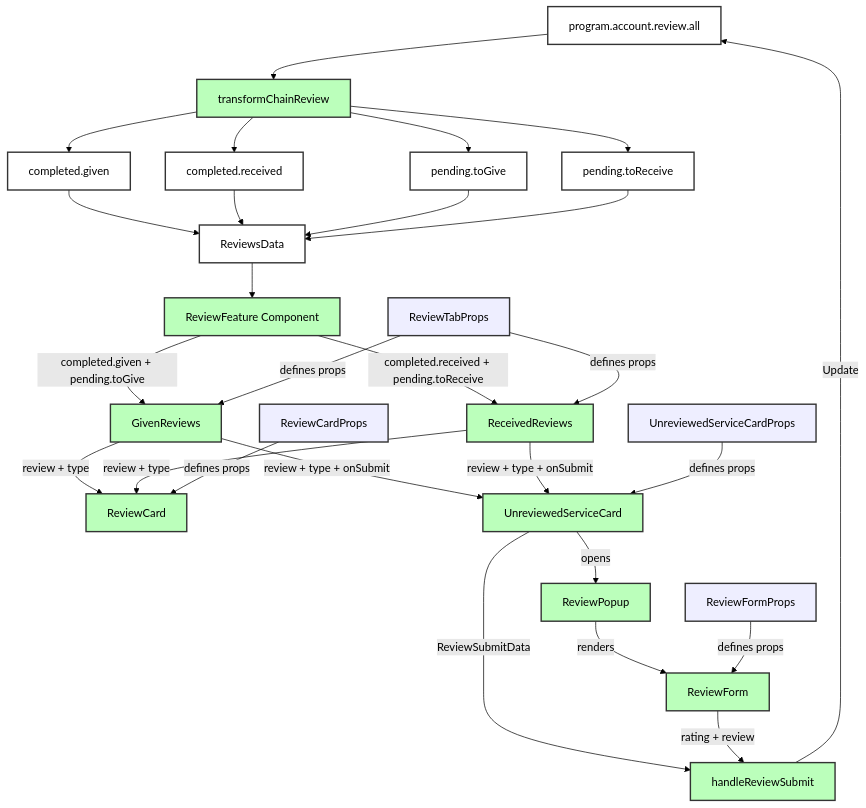
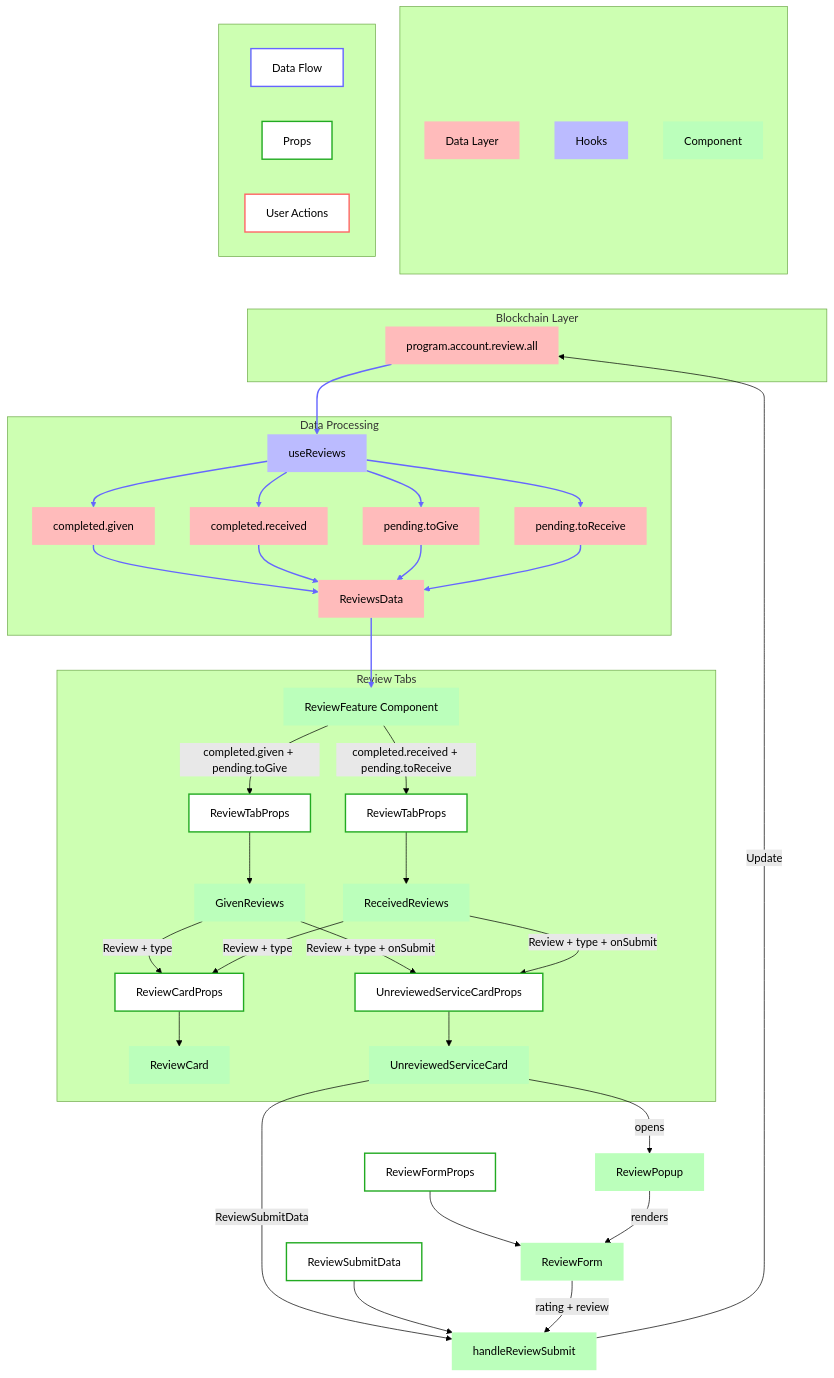
Before and after one commit to Gigentic/gigentic-frontend: the diagram in web/components/review/review-detailed.md, drawn with Mermaid (forest theme). The commit also changed 2 other files, not shown here.

Commit message:
update review diagrams

````diff
--- a/web/components/review/review-detailed.md
+++ b/web/components/review/review-detailed.md
@@ -1,97 +1,102 @@
 ```mermaid
-graph TD
-    %% Data Structure Subgraph
-    %% subgraph "Hook Return Type"
+flowchart TD
+    %% Data Layer
+    subgraph "Blockchain Layer"
+      CR[program.account.review.all]:::dataLayer
+    end
 
-    %% end
+    subgraph "Data Processing"
+      TR[useReviews]:::hook
+      RD[ReviewsData]:::dataLayer
+      RDG[completed.given]:::dataLayer
+      RDR[completed.received]:::dataLayer
+      PDG[pending.toGive]:::dataLayer
+      PDR[pending.toReceive]:::dataLayer
+    end
 
-    %% Chain Data
-    %% subgraph "Blockchain Layer"
-        CR[program.account.review.all]:::data
-        TR[transformChainReview]:::component
+      CR --> TR
+      TR --> RDG
+      TR --> RDR
+      TR --> PDG
+      TR --> PDR
 
-        RD[ReviewsData]:::data
-        RDG[completed.given]:::data
-        RDR[completed.received]:::data
-        PDG[pending.toGive]:::data
-        PDR[pending.toReceive]:::data
+      RDG --> RD
+      RDR --> RD
+      PDG --> RD
+      PDR --> RD
 
-        CR --> TR
-        TR --> RDG
-        TR --> RDR
-        TR --> PDG
-        TR --> PDR
-
-        RDG --> RD
-        RDR --> RD
-        PDG --> RD
-        PDR --> RD
-
-    %% end
+    linkStyle 0,1,2,3,4,5,6,7,8 stroke:#66f,stroke-width:2px
 
     %% Main Component
-    %% subgraph "ReviewFeature"
-        RF[ReviewFeature Component]:::component
-        HSR[handleReviewSubmit]:::component
-        %% LD[LoadingState]:::component
-        %% ED[ErrorState]:::component
-    %% end
+    subgraph "Review Tabs"
+      RD --> RF
+      linkStyle 9 stroke:#66f,stroke-width:2px
+      RF[ReviewFeature Component]:::component
 
-    %% Tab Components
-    %% subgraph "Review Tabs"
-        GR[GivenReviews]:::component
-        RR[ReceivedReviews]:::component
-    %% end
+      RF -->|"completed.given + pending.toGive"| RTP1
+      RF -->|"completed.received + pending.toReceive"| RTP2
+      RTP1[ReviewTabProps]:::prop
+      RTP2[ReviewTabProps]:::prop
+      RTP1 --> GR
+      RTP2 --> RR
+      GR[GivenReviews]:::component
+      RR[ReceivedReviews]:::component
+      GR -->|"Review + type"| RCP
+      RR -->|"Review + type"| RCP
+      RCP[ReviewCardProps]:::prop
+      RCP --> RC
+      RC[ReviewCard]:::component
+      GR -->|"Review + type + onSubmit"| USCP
+      RR -->|"Review + type + onSubmit"| USCP
+      USCP[UnreviewedServiceCardProps]:::prop
+      USC[UnreviewedServiceCard]:::component
+      USCP --> USC
+    end
 
-    %% UI Components
-    %% subgraph "UI Components"
-        RC[ReviewCard]:::component
-        USC[UnreviewedServiceCard]:::component
-        RP[ReviewPopup]:::component
-        RF2[ReviewForm]:::component
-    %% end
+    RP[ReviewPopup]:::component
+    RFP[ReviewFormProps]:::prop
+    RFP --> RF2
+    RF2[ReviewForm]:::component
+    RSD[ReviewSubmitData]:::prop
 
-    %% Props Interfaces
-    %% subgraph "Component Props"
-        RCP[ReviewCardProps]:::props
-        USCP[UnreviewedServiceCardProps]:::props
-        RTP[ReviewTabProps]:::props
-        RFP[ReviewFormProps]:::props
-    %% end
+    HSR[handleReviewSubmit]:::component
 
-    %% Data Flow
-    RD --> RF
-    RF -->|"completed.given + pending.toGive"| GR
-    RF -->|"completed.received + pending.toReceive"| RR
-
-    GR -->|"review + type"| RC
-    RR -->|"review + type"| RC
-    GR -->|"review + type + onSubmit"| USC
-    RR -->|"review + type + onSubmit"| USC
     USC -->|"opens"| RP
     RP -->|"renders"| RF2
 
-    %% Props Flow
-    RTP -->|"defines props"| GR
-    RTP -->|"defines props"| RR
-    RCP -->|"defines props"| RC
-    USCP -->|"defines props"| USC
-    RFP -->|"defines props"| RF2
 
     %% Submit Flow
     USC -->|"ReviewSubmitData"| HSR
+    RSD --> HSR
     RF2 -->|"rating + review"| HSR
     HSR -->|"Update"| CR
 
+    L1 ~~~ CR
+
+    %% Style different types of arrows
+
+    %% linkStyle 3,4,5,6 stroke:#2a2,stroke-width:2px
+    %% linkStyle 7,8 stroke:#f66,stroke-width:2px
+
     %% Class Definitions
-    classDef data fill:#fff,stroke:#333,stroke-width:2px
-    classDef component fill:#bfb,stroke:#333,stroke-width:2px
-    classDef props fill:#eef,stroke:#333,stroke-width:2px
+    classDef dataLayer fill:#fbb,stroke-width:0px
+    classDef hook fill:#bbf,stroke-width:0px
+    classDef dataFlow fill:#fff,stroke:#66f,stroke-width:2px
+    classDef component fill:#bfb,stroke-width:0px
+    classDef prop fill:#fff,stroke:#2a2,stroke-width:2px
+    classDef action fill:#fff,stroke:#f66,stroke-width:2px
 
-    %% %% Legend
-    %% subgraph "Legend"
-    %%     L1[Data Structure]:::data
-    %%     L2[Component]:::component
-    %%     L3[Props Interface]:::props
-    %% end
+    %% Legend Top
+    subgraph " "
+        L1[Data Layer]:::dataLayer
+        L2[Hooks]:::hook
+        L3[Component]:::component
+    end
+
+    %% Legend Bottom
+    subgraph " "
+        L4["Data Flow"]:::dataFlow
+        L5["Props"]:::prop
+        L6["User Actions"]:::action
+    end
 ```
````
